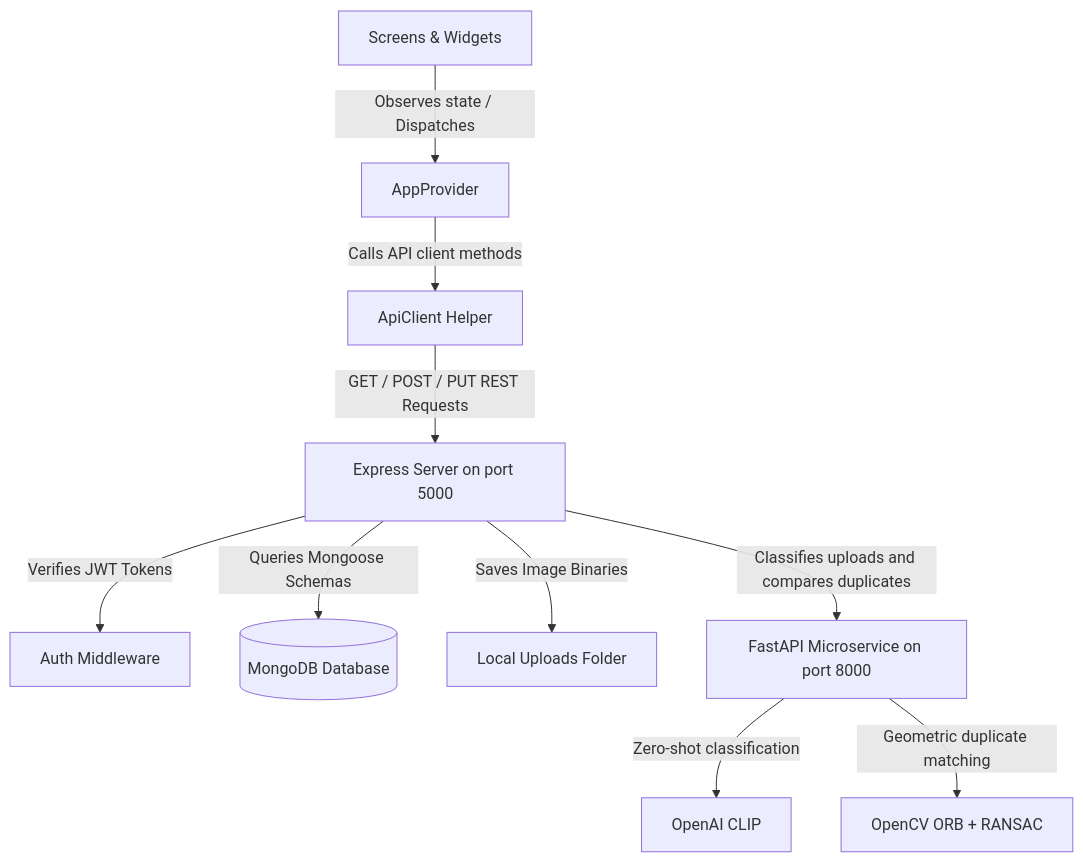
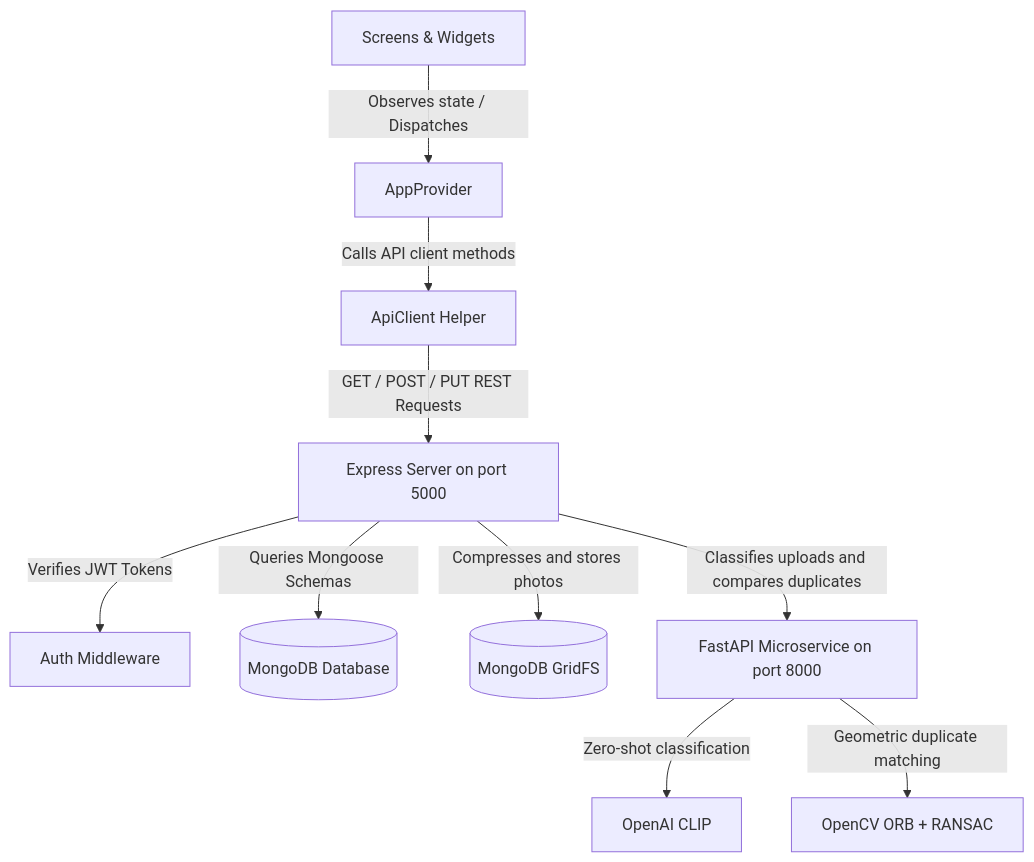
Before and after one commit to Varunpatel586/Civic_Connect: the first of 2 diagrams in docs/architecture.md, drawn with Mermaid. The commit also changed other lines of this file and 15 other files, not shown here.

First line of the commit message:
Store photographs in MongoDB GridFS with sharp compression

````diff
--- a/docs/architecture.md
+++ b/docs/architecture.md
@@ -40,12 +41,12 @@
 ```mermaid
 graph TD
     UI[Screens & Widgets] -->|Observes state / Dispatches| Provider[AppProvider]
     Provider -->|Calls API client methods| ApiClient[ApiClient Helper]
     ApiClient -->|GET / POST / PUT REST Requests| Express[Express Server on port 5000]
     Express -->|Verifies JWT Tokens| Middleware[Auth Middleware]
     Express -->|Queries Mongoose Schemas| Mongo[(MongoDB Database)]
-    Express -->|Saves Image Binaries| Uploads[Local Uploads Folder]
+    Express -->|Compresses and stores photos| GridFS[(MongoDB GridFS)]
     Express -->|Classifies uploads and compares duplicates| FastAPI[FastAPI Microservice on port 8000]
     FastAPI -->|Zero-shot classification| CLIP[OpenAI CLIP]
     FastAPI -->|Geometric duplicate matching| OpenCV[OpenCV ORB + RANSAC]
 ```
````
